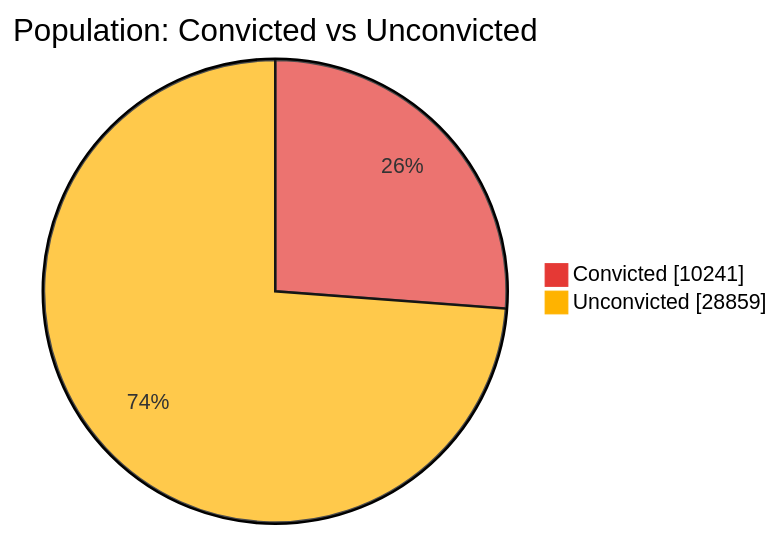
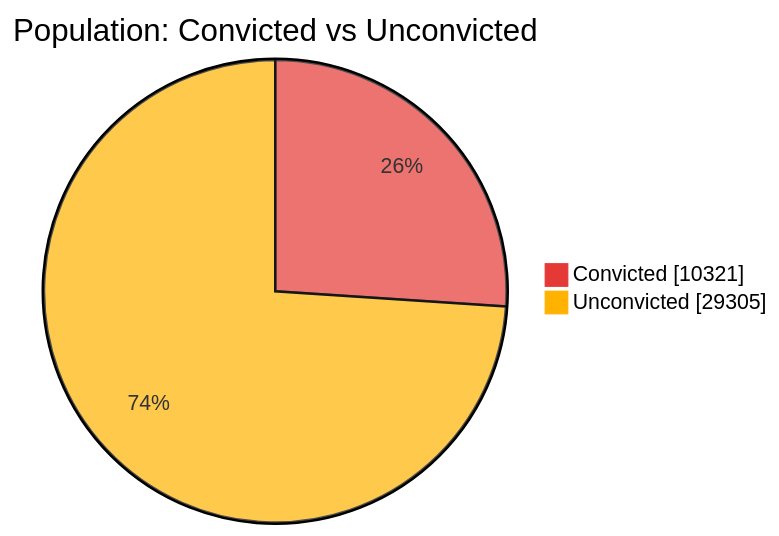
One commit to nuuuwan/lk_prisons changed the first of 7 diagrams in README.md. Above: the diagram before and after it, drawn with Mermaid. The commit also changed other lines of this file and 1 other file, not shown here.

````diff
--- a/README.md
+++ b/README.md
@@ -43,6 +43,6 @@
 ```mermaid
 %%{init: {'themeVariables': {'pie1': '#E53935', 'pie2': '#FFB300'}}}%%
 pie showData title Population: Convicted vs Unconvicted
-    "Convicted" : 10241
-    "Unconvicted" : 28859
+    "Convicted" : 10321
+    "Unconvicted" : 29305
 ```
````
